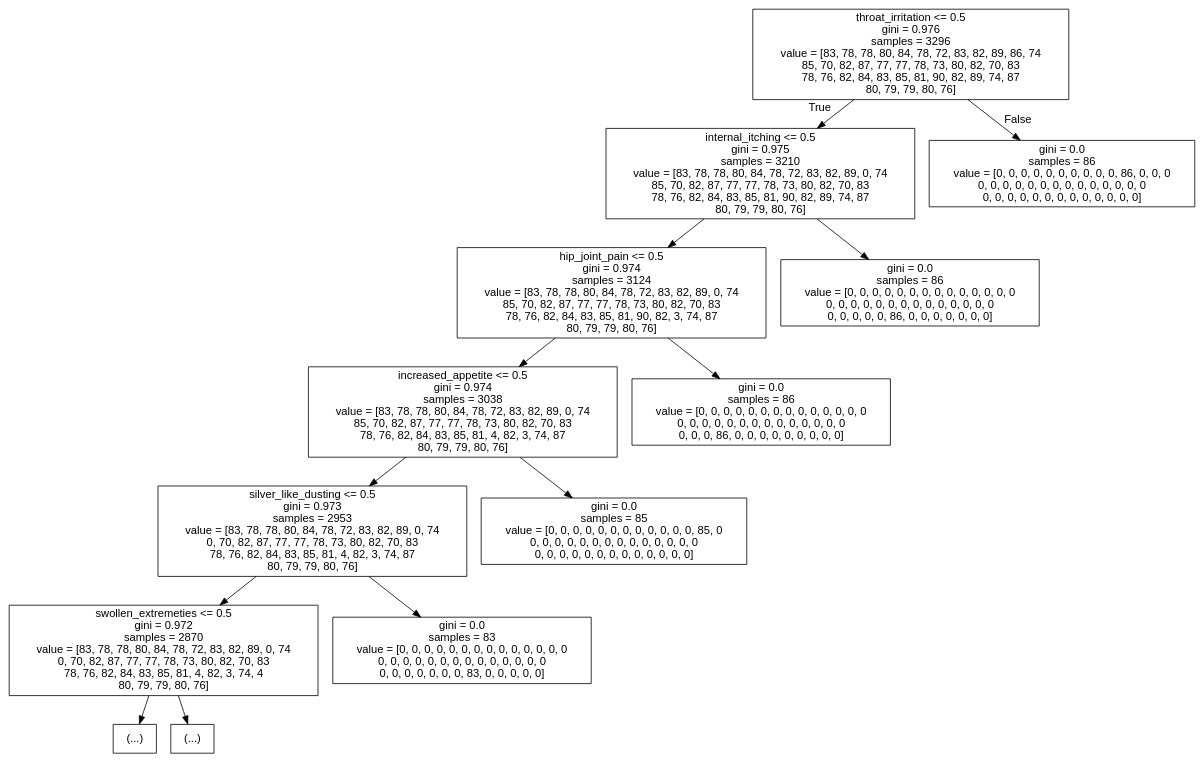
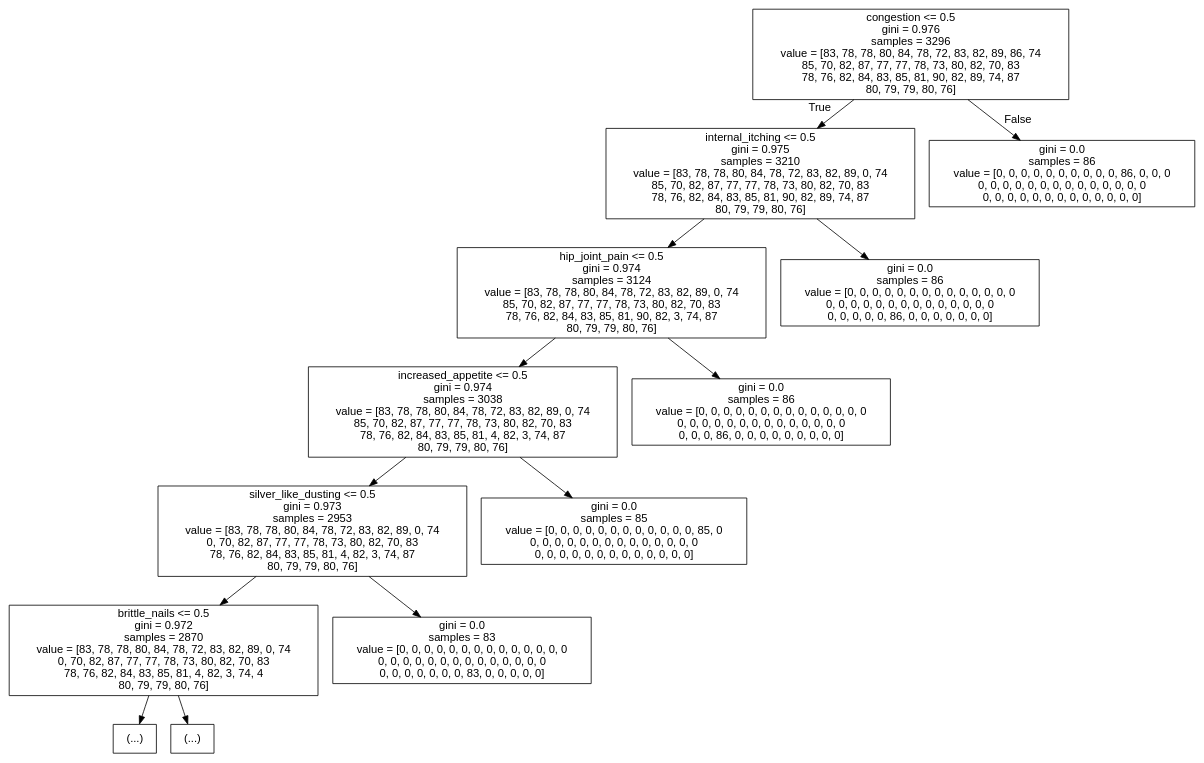
The diagram in tree-top5.dot (MilindPruthi09/audio-prescription), drawn with Graphviz before and after one commit. The commit also changed 11 other files, not shown here.

```diff
--- a/tree-top5.dot
+++ b/tree-top5.dot
@@ -1,29 +1,29 @@
 digraph Tree {
 node [shape=box, fontname="helvetica"] ;
 edge [fontname="helvetica"] ;
-0 [label="throat_irritation <= 0.5\ngini = 0.976\nsamples = 3296\nvalue = [83, 78, 78, 80, 84, 78, 72, 83, 82, 89, 86, 74\n85, 70, 82, 87, 77, 77, 78, 73, 80, 82, 70, 83\n78, 76, 82, 84, 83, 85, 81, 90, 82, 89, 74, 87\n80, 79, 79, 80, 76]"] ;
+0 [label="congestion <= 0.5\ngini = 0.976\nsamples = 3296\nvalue = [83, 78, 78, 80, 84, 78, 72, 83, 82, 89, 86, 74\n85, 70, 82, 87, 77, 77, 78, 73, 80, 82, 70, 83\n78, 76, 82, 84, 83, 85, 81, 90, 82, 89, 74, 87\n80, 79, 79, 80, 76]"] ;
 1 [label="internal_itching <= 0.5\ngini = 0.975\nsamples = 3210\nvalue = [83, 78, 78, 80, 84, 78, 72, 83, 82, 89, 0, 74\n85, 70, 82, 87, 77, 77, 78, 73, 80, 82, 70, 83\n78, 76, 82, 84, 83, 85, 81, 90, 82, 89, 74, 87\n80, 79, 79, 80, 76]"] ;
 0 -> 1 [labeldistance=2.5, labelangle=45, headlabel="True"] ;
 2 [label="hip_joint_pain <= 0.5\ngini = 0.974\nsamples = 3124\nvalue = [83, 78, 78, 80, 84, 78, 72, 83, 82, 89, 0, 74\n85, 70, 82, 87, 77, 77, 78, 73, 80, 82, 70, 83\n78, 76, 82, 84, 83, 85, 81, 90, 82, 3, 74, 87\n80, 79, 79, 80, 76]"] ;
 1 -> 2 ;
 3 [label="increased_appetite <= 0.5\ngini = 0.974\nsamples = 3038\nvalue = [83, 78, 78, 80, 84, 78, 72, 83, 82, 89, 0, 74\n85, 70, 82, 87, 77, 77, 78, 73, 80, 82, 70, 83\n78, 76, 82, 84, 83, 85, 81, 4, 82, 3, 74, 87\n80, 79, 79, 80, 76]"] ;
 2 -> 3 ;
 4 [label="silver_like_dusting <= 0.5\ngini = 0.973\nsamples = 2953\nvalue = [83, 78, 78, 80, 84, 78, 72, 83, 82, 89, 0, 74\n0, 70, 82, 87, 77, 77, 78, 73, 80, 82, 70, 83\n78, 76, 82, 84, 83, 85, 81, 4, 82, 3, 74, 87\n80, 79, 79, 80, 76]"] ;
 3 -> 4 ;
-5 [label="swollen_extremeties <= 0.5\ngini = 0.972\nsamples = 2870\nvalue = [83, 78, 78, 80, 84, 78, 72, 83, 82, 89, 0, 74\n0, 70, 82, 87, 77, 77, 78, 73, 80, 82, 70, 83\n78, 76, 82, 84, 83, 85, 81, 4, 82, 3, 74, 4\n80, 79, 79, 80, 76]"] ;
+5 [label="brittle_nails <= 0.5\ngini = 0.972\nsamples = 2870\nvalue = [83, 78, 78, 80, 84, 78, 72, 83, 82, 89, 0, 74\n0, 70, 82, 87, 77, 77, 78, 73, 80, 82, 70, 83\n78, 76, 82, 84, 83, 85, 81, 4, 82, 3, 74, 4\n80, 79, 79, 80, 76]"] ;
 4 -> 5 ;
 6 [label="(...)"] ;
 5 -> 6 ;
 119 [label="(...)"] ;
 5 -> 119 ;
 120 [label="gini = 0.0\nsamples = 83\nvalue = [0, 0, 0, 0, 0, 0, 0, 0, 0, 0, 0, 0, 0, 0\n0, 0, 0, 0, 0, 0, 0, 0, 0, 0, 0, 0, 0, 0\n0, 0, 0, 0, 0, 0, 0, 83, 0, 0, 0, 0, 0]"] ;
 4 -> 120 ;
 121 [label="gini = 0.0\nsamples = 85\nvalue = [0, 0, 0, 0, 0, 0, 0, 0, 0, 0, 0, 0, 85, 0\n0, 0, 0, 0, 0, 0, 0, 0, 0, 0, 0, 0, 0, 0\n0, 0, 0, 0, 0, 0, 0, 0, 0, 0, 0, 0, 0]"] ;
 3 -> 121 ;
 122 [label="gini = 0.0\nsamples = 86\nvalue = [0, 0, 0, 0, 0, 0, 0, 0, 0, 0, 0, 0, 0, 0\n0, 0, 0, 0, 0, 0, 0, 0, 0, 0, 0, 0, 0, 0\n0, 0, 0, 86, 0, 0, 0, 0, 0, 0, 0, 0, 0]"] ;
 2 -> 122 ;
 123 [label="gini = 0.0\nsamples = 86\nvalue = [0, 0, 0, 0, 0, 0, 0, 0, 0, 0, 0, 0, 0, 0\n0, 0, 0, 0, 0, 0, 0, 0, 0, 0, 0, 0, 0, 0\n0, 0, 0, 0, 0, 86, 0, 0, 0, 0, 0, 0, 0]"] ;
 1 -> 123 ;
 124 [label="gini = 0.0\nsamples = 86\nvalue = [0, 0, 0, 0, 0, 0, 0, 0, 0, 0, 86, 0, 0, 0\n0, 0, 0, 0, 0, 0, 0, 0, 0, 0, 0, 0, 0, 0\n0, 0, 0, 0, 0, 0, 0, 0, 0, 0, 0, 0, 0]"] ;
 0 -> 124 [labeldistance=2.5, labelangle=-45, headlabel="False"] ;
 }
```
